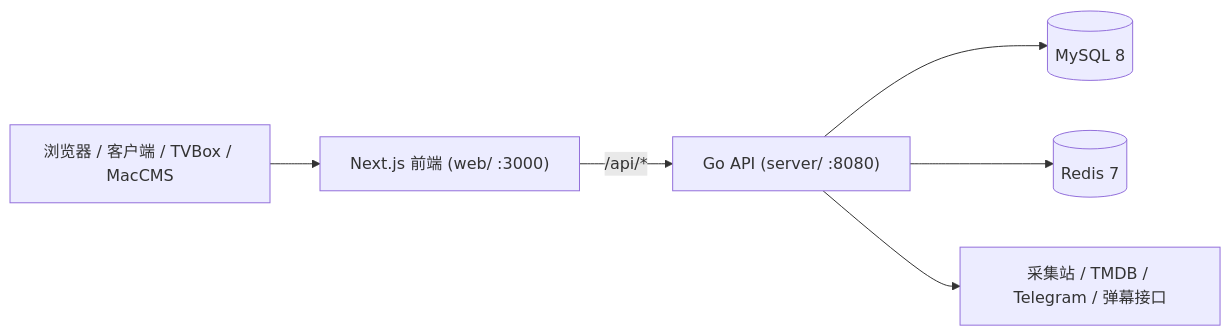
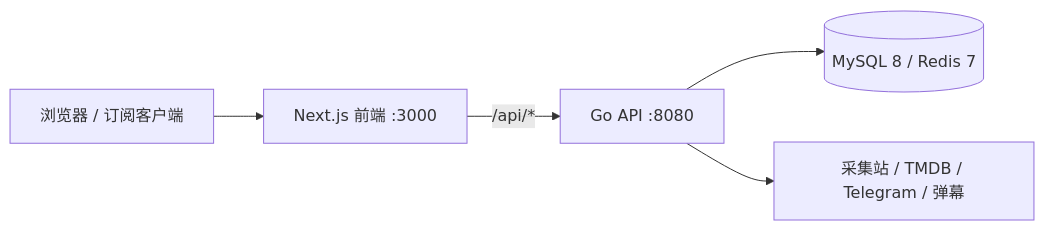
One commit to fe-spark/EcoHub changed the diagram in README.md. Above: the diagram before and after it, drawn with Mermaid. The commit also changed other lines of this file and 1 other file, not shown here.

````diff
--- a/README.md
+++ b/README.md
@@ -54,8 +50,7 @@
 ```mermaid
 flowchart LR
-    Browser["浏览器 / 客户端 / TVBox / MacCMS"] --> Web["Next.js 前端 (web/ :3000)"]
-    Web -- "/api/*" --> API["Go API (server/ :8080)"]
-    API --> MySQL[("MySQL 8")]
-    API --> Redis[("Redis 7")]
-    API --> External["采集站 / TMDB / Telegram / 弹幕接口"]
+    Client["浏览器 / 订阅客户端"] --> Web["Next.js 前端 :3000"]
+    Web -- "/api/*" --> API["Go API :8080"]
+    API --> DB[("MySQL 8 / Redis 7")]
+    API --> Ext["采集站 / TMDB / Telegram / 弹幕"]
 ```
````
